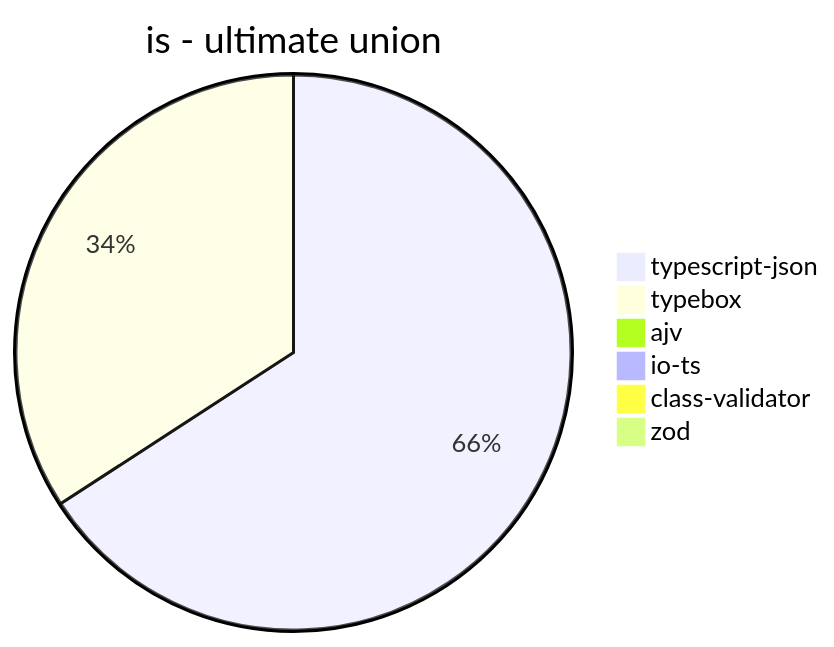
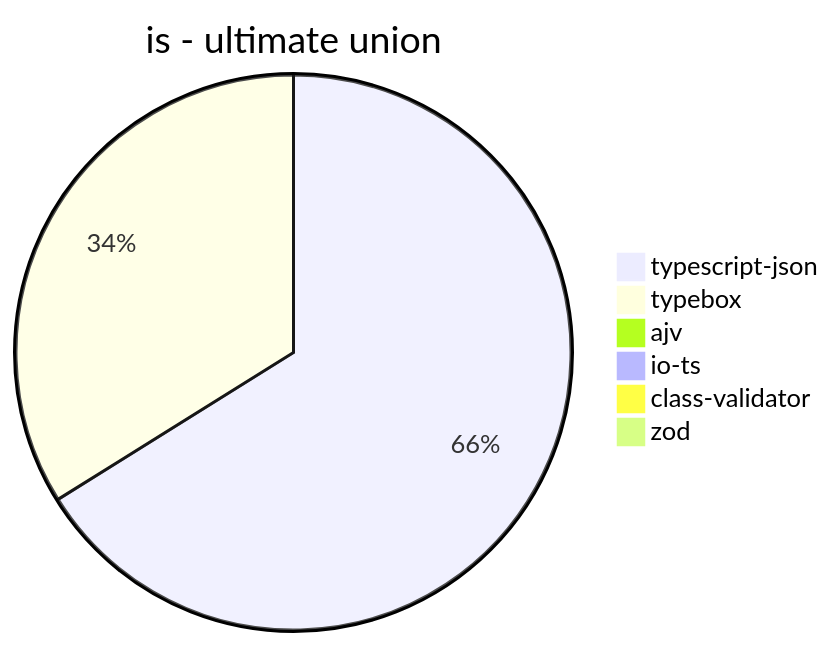
The eighth of 39 diagrams in benchmark/results/AMD Ryzen 9 5900HX with Radeon Graphics.md (samchon/typia), drawn with Mermaid before and after one commit. The commit also changed other lines of this file and 3 other files, not shown here.

````diff
--- a/benchmark/results/AMD Ryzen 9 5900HX with Radeon Graphics.md
+++ b/benchmark/results/AMD Ryzen 9 5900HX with Radeon Graphics.md
@@ -98,9 +98,9 @@
 ```mermaid
 pie title is - ultimate union
-  "typescript-json": 601.8148820326679
-  "typebox": 312.29357798165137
+  "typescript-json": 616.6850422638736
+  "typebox": 315.9259259259259
   "ajv": 0
   "io-ts": 0
   "class-validator": 0
-  "zod": 0.3575898444484177
+  "zod": 0.3537318712415989
 ```
````
